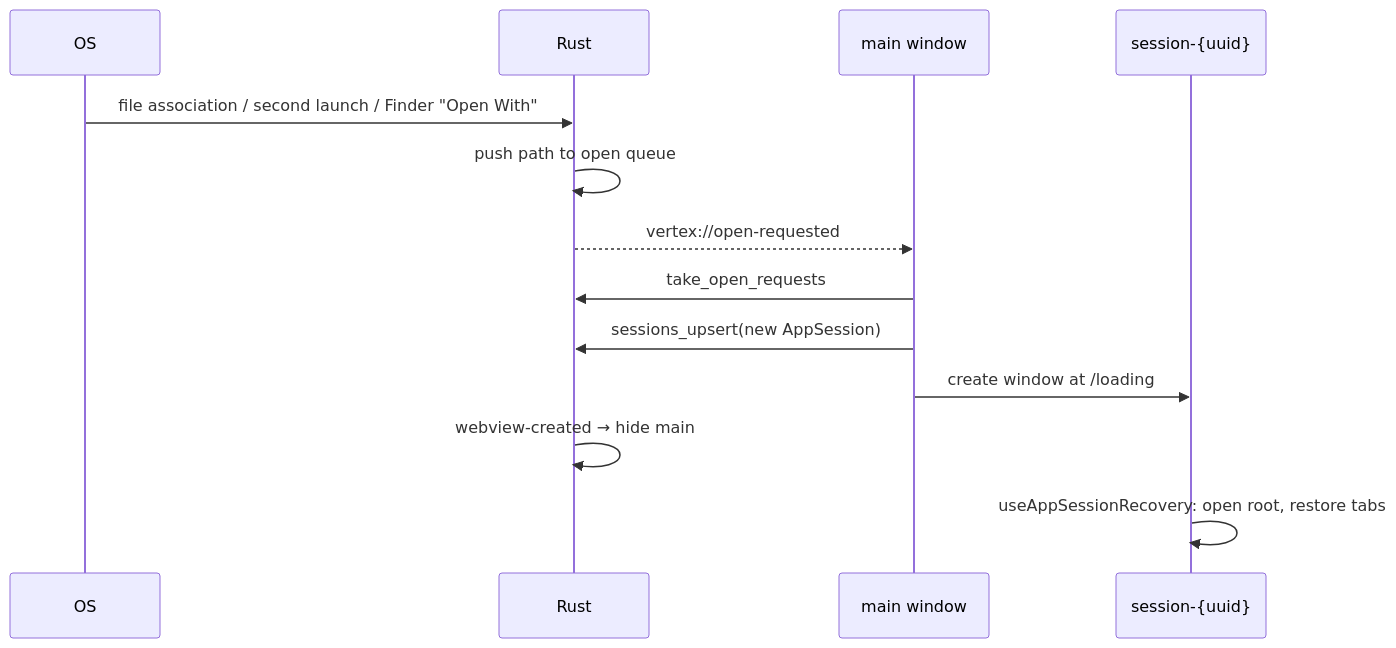
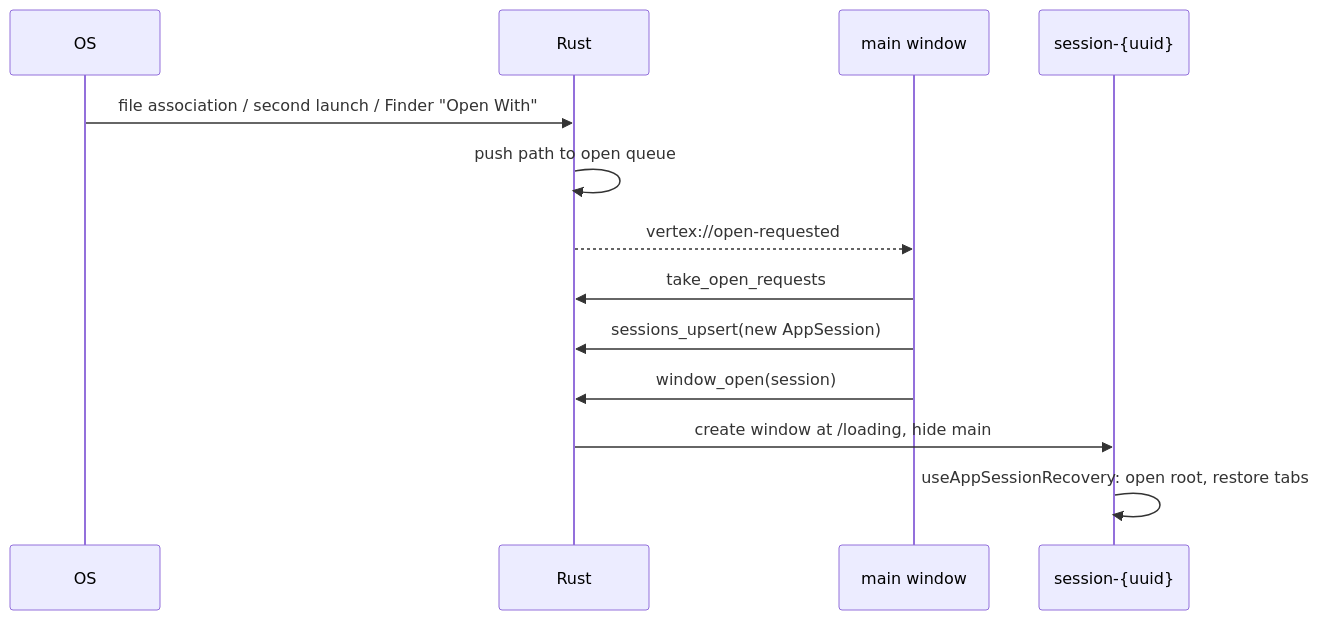
One commit to CTRL-Neo-Studios/vertex changed the second of 3 diagrams in Concepts and Structures.md. Above: the diagram before and after it, drawn with Mermaid. The commit also changed other lines of this file and 20 other files, not shown here.

First line of the commit message:
feat(kernel): create every app window in the kernel

````diff
--- a/Concepts and Structures.md
+++ b/Concepts and Structures.md
@@ -358,15 +365,15 @@
 ```mermaid
 sequenceDiagram
     participant OS
     participant Rust
     participant Main as main window
     participant Win as session-{uuid}
     OS->>Rust: file association / second launch / Finder "Open With"
     Rust->>Rust: push path to open queue
     Rust-->>Main: vertex://open-requested
     Main->>Rust: take_open_requests
     Main->>Rust: sessions_upsert(new AppSession)
-    Main->>Win: create window at /loading
-    Rust->>Rust: webview-created → hide main
+    Main->>Rust: window_open(session)
+    Rust->>Win: create window at /loading, hide main
     Win->>Win: useAppSessionRecovery: open root, restore tabs
 ```
````
